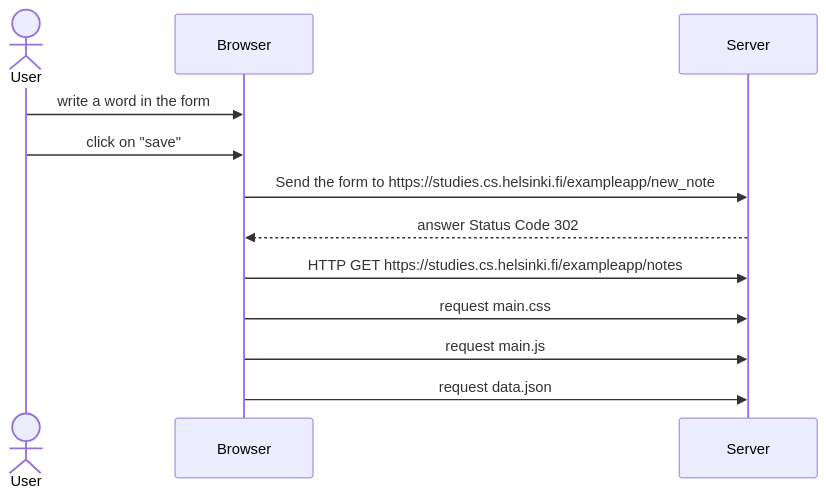
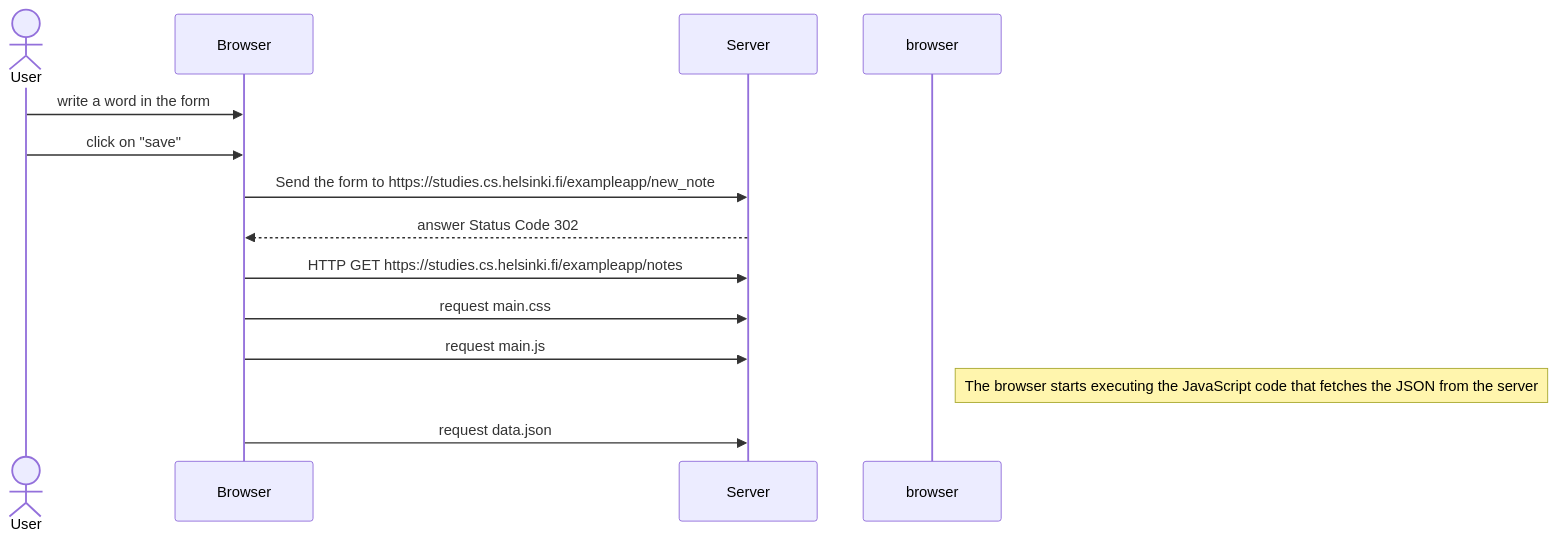
Before and after one commit to Blackleaf3416/Fullstackopen-part0: the diagram in diagram.md, drawn with Mermaid.

````diff
--- a/diagram.md
+++ b/diagram.md
@@ -1,15 +1,16 @@
 ```mermaid
 sequenceDiagram
 actor User
 participant Browser
 participant Server
 User->>Browser: write a word in the form
 User->>Browser: click on "save"
 Browser->>Server: Send the form to https://studies.cs.helsinki.fi/exampleapp/new_note
 Server-->>Browser: answer Status Code 302
 Browser->>Server: HTTP GET https://studies.cs.helsinki.fi/exampleapp/notes
 Browser->>Server: request main.css
 Browser->>Server: request main.js
+Note right of browser: The browser starts executing the JavaScript code that fetches the JSON from the server
 Browser->>Server: request data.json
   
 ```
````
